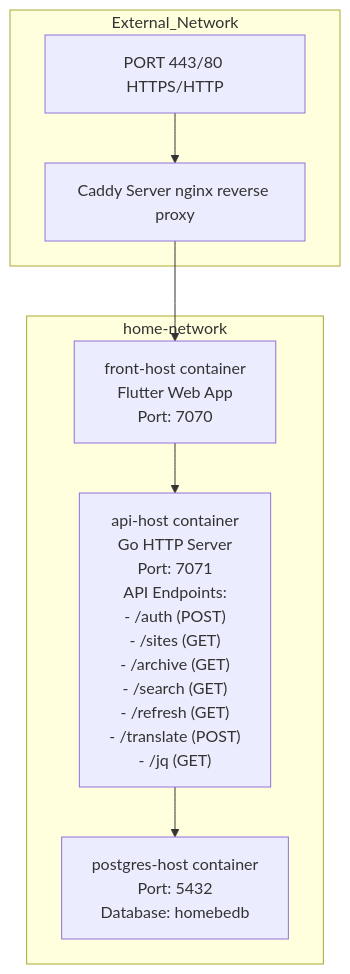
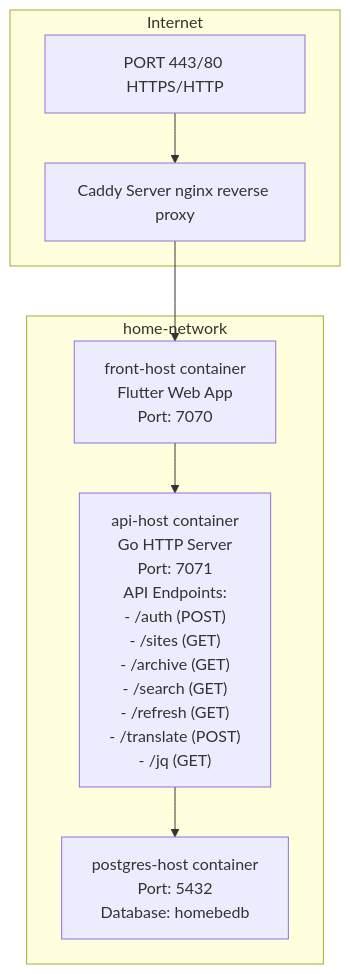
One commit to janevala/home_fe changed the diagram in DOC.md. Above: the diagram before and after it, drawn with Mermaid. The commit also changed other lines of this file, not shown here.

````diff
--- a/DOC.md
+++ b/DOC.md
@@ -46,18 +46,18 @@
 ```mermaid
 graph TB
-    subgraph External_Network
+    subgraph Internet
         A["Caddy Server nginx reverse proxy"]
         B["PORT 443/80 HTTPS/HTTP"]
     end
     
     subgraph Docker_Network["home-network"]
         D["front-host container<br/>Flutter Web App<br/>Port: 7070"]
         C["api-host container<br/>Go HTTP Server<br/>Port: 7071<br/>API Endpoints:<br/>- /auth (POST)<br/>- /sites (GET)<br/>- /archive (GET)<br/>- /search (GET)<br/>- /refresh (GET)<br/>- /translate (POST)<br/>- /jq (GET)"]
         E["postgres-host container<br/>Port: 5432<br/>Database: homebedb"]
     end
     
     B --> A
     A --> D
     D --> C
     C --> E
 ```
````
